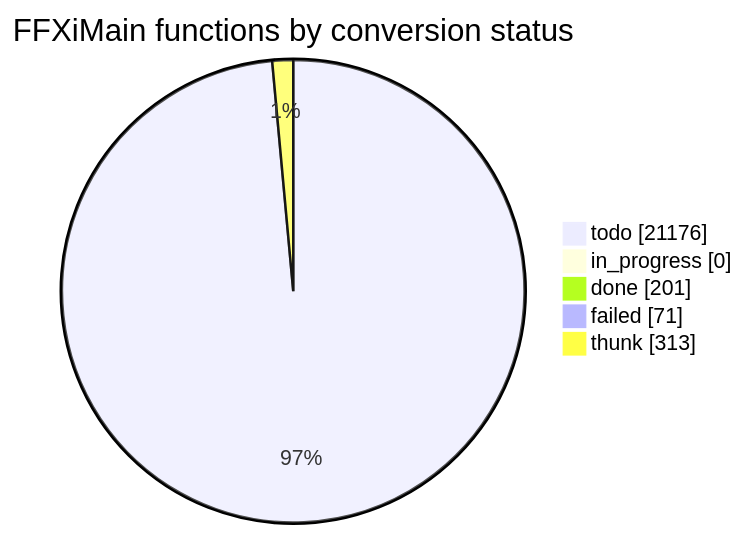
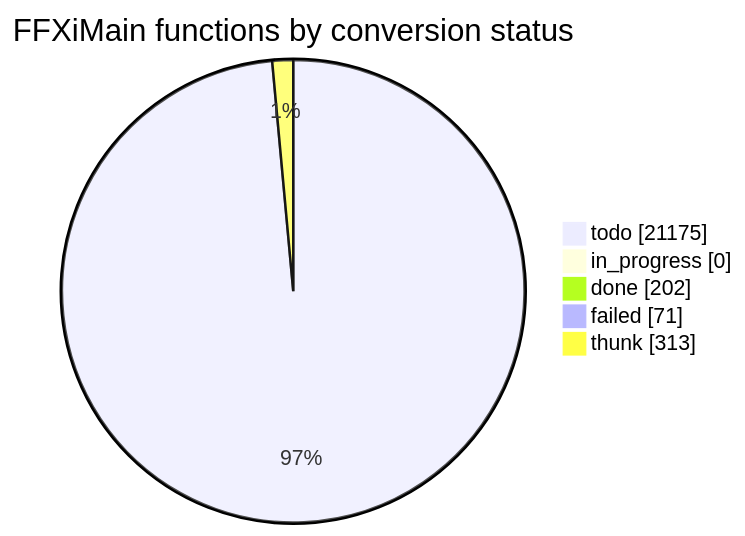
One commit to cowrevenge/cow_kuluu_xi_anything changed the diagram in docs/cow/STATUS.md. Above: the diagram before and after it, drawn with Mermaid. The commit also changed other lines of this file and 9 other files, not shown here.

````diff
--- a/docs/cow/STATUS.md
+++ b/docs/cow/STATUS.md
@@ -18,9 +18,9 @@
 ```mermaid
 pie showData
     title FFXiMain functions by conversion status
-    "todo" : 21176
+    "todo" : 21175
     "in_progress" : 0
-    "done" : 201
+    "done" : 202
     "failed" : 71
     "thunk" : 313
 ```
````
